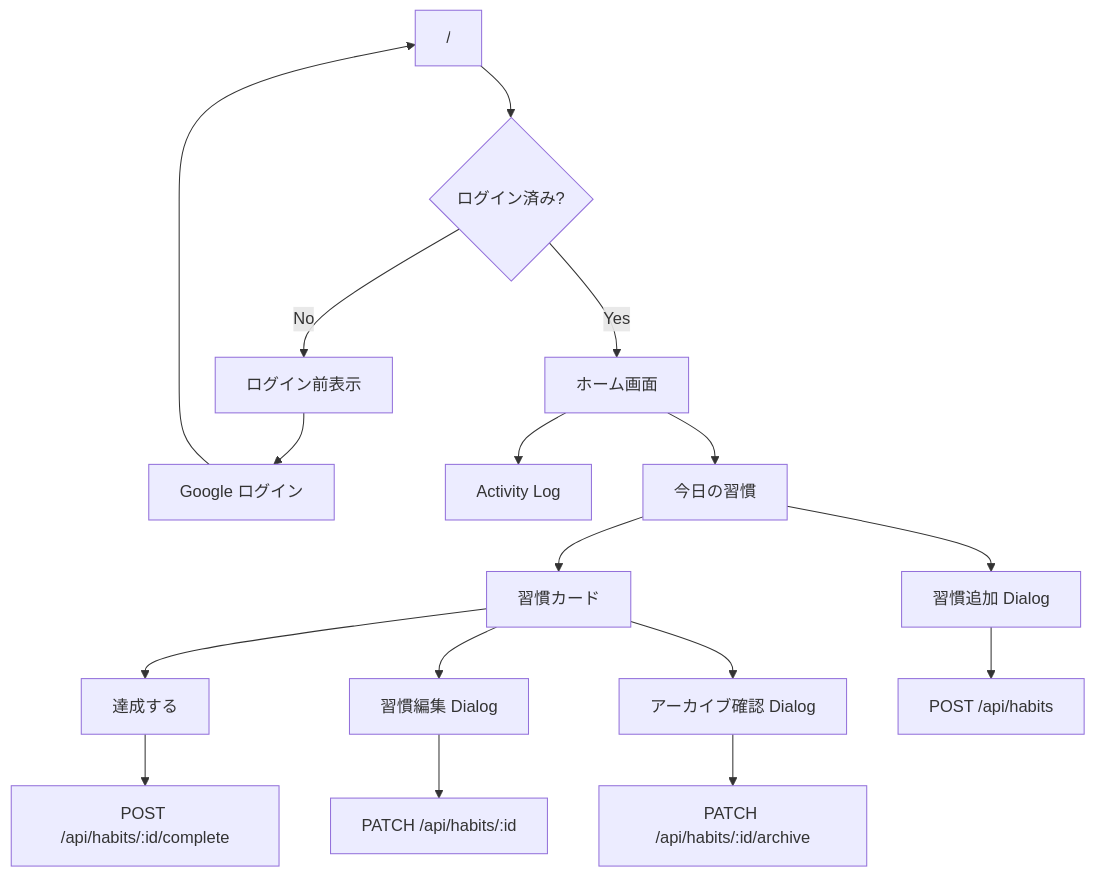
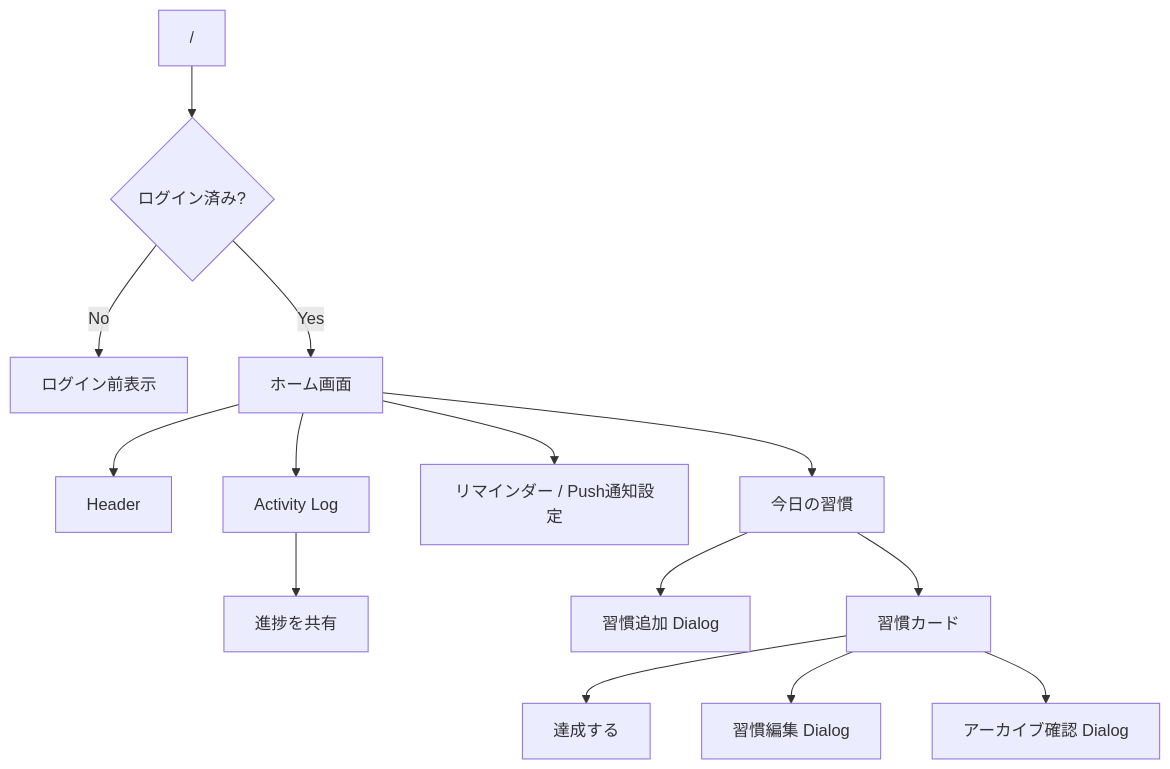
The diagram in docs/ui/README.md (devegoma/dailygreen), drawn with Mermaid before and after one commit. The commit also changed other lines of this file and 52 other files, not shown here.

````diff
--- a/docs/ui/README.md
+++ b/docs/ui/README.md
@@ -32,24 +32,18 @@
 ```mermaid
 flowchart TD
   Root["/"] --> SessionCheck{"ログイン済み?"}
-
   SessionCheck -->|No| LoginState["ログイン前表示"]
-  LoginState --> GoogleLogin["Google ログイン"]
-  GoogleLogin --> Root
-
   SessionCheck -->|Yes| Home["ホーム画面"]
 
+  Home --> Header["Header"]
   Home --> ActivityLog["Activity Log"]
+  ActivityLog --> Share["進捗を共有"]
+  Home --> Reminder["リマインダー / Push通知設定"]
   Home --> TodayHabits["今日の習慣"]
 
-  TodayHabits --> AddHabitDialog["習慣追加 Dialog"]
+  TodayHabits --> AddHabit["習慣追加 Dialog"]
   TodayHabits --> HabitCard["習慣カード"]
-  HabitCard --> CompleteAction["達成する"]
-  HabitCard --> EditHabitDialog["習慣編集 Dialog"]
-  HabitCard --> ArchiveConfirmDialog["アーカイブ確認 Dialog"]
-
-  AddHabitDialog --> CreateHabitApi["POST /api/habits"]
-  EditHabitDialog --> UpdateHabitApi["PATCH /api/habits/:id"]
-  CompleteAction --> CompleteHabitApi["POST /api/habits/:id/complete"]
-  ArchiveConfirmDialog --> ArchiveHabitApi["PATCH /api/habits/:id/archive"]
+  HabitCard --> Complete["達成する"]
+  HabitCard --> Edit["習慣編集 Dialog"]
+  HabitCard --> Archive["アーカイブ確認 Dialog"]
 ```
````
